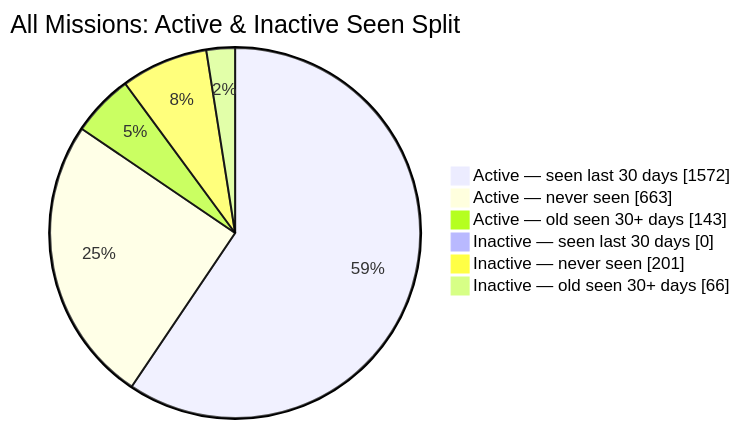
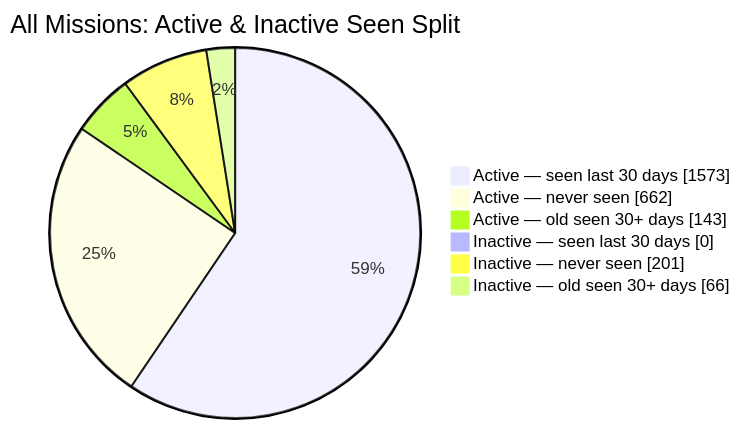
The second of 2 diagrams in README.md (MeldkamerspelGameTeam/active-missions), drawn with Mermaid before and after one commit. The commit also changed other lines of this file and 2 other files, not shown here.

````diff
--- a/README.md
+++ b/README.md
@@ -44,10 +44,10 @@
 ```mermaid
 pie showData
     title All Missions: Active & Inactive Seen Split
-    "Active — seen last 30 days" : 1572
-    "Active — never seen" : 663
+    "Active — seen last 30 days" : 1573
+    "Active — never seen" : 662
     "Active — old seen 30+ days" : 143
     "Inactive — seen last 30 days" : 0
     "Inactive — never seen" : 201
     "Inactive — old seen 30+ days" : 66
 ```
````
